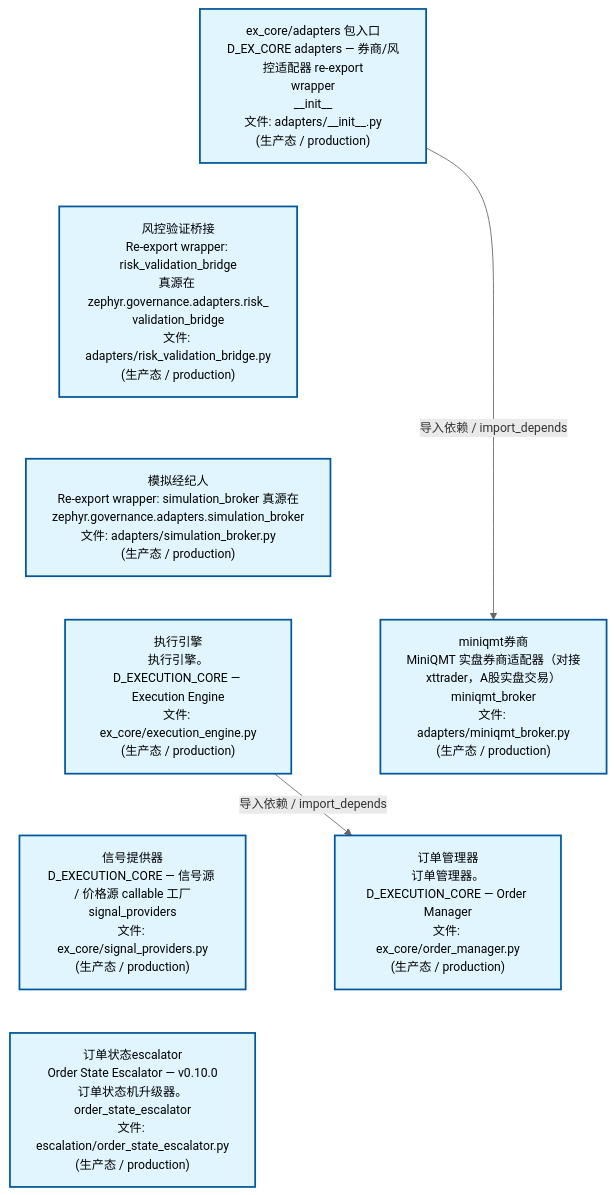
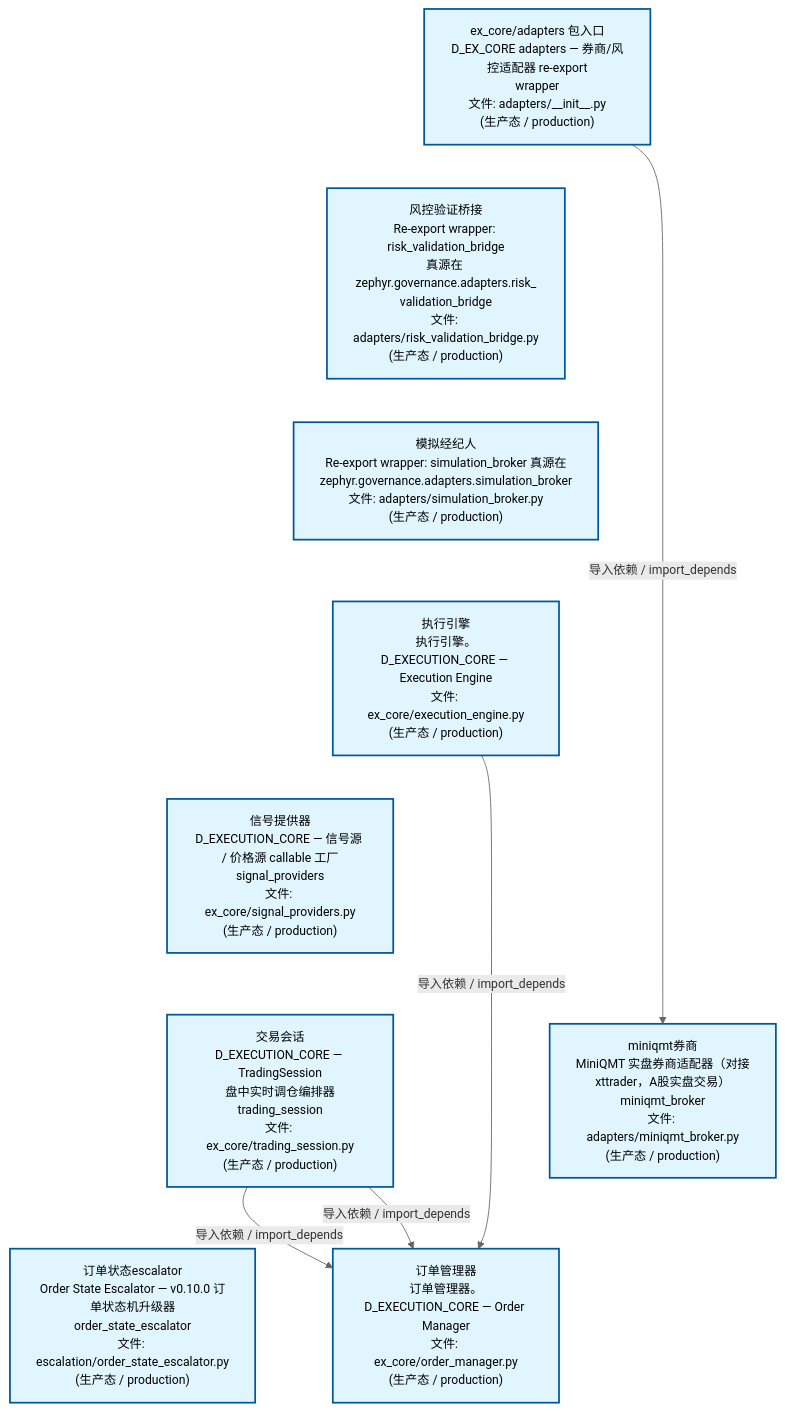
One commit to xuanFelixVan/ZephyrAlpha changed the second of 4 diagrams in docs/02_enterprise_architecture/02_domain_architecture_docs/44_d_ex_core.md. Above: the diagram before and after it, drawn with Mermaid. The commit also changed other lines of this file and 62 other files, not shown here.

````diff
--- a/docs/02_enterprise_architecture/02_domain_architecture_docs/44_d_ex_core.md
+++ b/docs/02_enterprise_architecture/02_domain_architecture_docs/44_d_ex_core.md
@@ -169,25 +170,29 @@
 ```mermaid
 %%{init: {'theme': 'base', 'themeVariables': {'primaryColor': '#eaeaea', 'primaryTextColor': '#333333', 'primaryBorderColor': '#666666', 'lineColor': '#666666', 'secondaryColor': '#eaeaea', 'tertiaryColor': '#eaeaea', 'fontSize': '14px'}}}%%
 flowchart TD
-    src_zephyr_ex_core_adapters_init_py["ex_core/adapters 包入口<br/>D_EX_CORE adapters — 券商/风控适配器 re-export<br/>wrapper<br/>__init__<br/>文件: adapters/__init__.py<br/>(生产态 / production)"]
+    src_zephyr_ex_core_adapters_init_py["ex_core/adapters 包入口<br/>D_EX_CORE adapters — 券商/风控适配器 re-export<br/>wrapper<br/>文件: adapters/__init__.py<br/>(生产态 / production)"]
     src_zephyr_ex_core_adapters_risk_validation_bridge_py["风控验证桥接<br/>Re-export wrapper: risk_validation_bridge<br/>真源在 zephyr.governance.adapters.risk_<br/>validation_bridge<br/>文件: adapters/risk_validation_bridge.py<br/>(生产态 / production)"]
     src_zephyr_ex_core_adapters_simulation_broker_py["模拟经纪人<br/>Re-export wrapper: simulation_broker 真源在<br/>zephyr.governance.adapters.simulation_broker<br/>文件: adapters/simulation_broker.py<br/>(生产态 / production)"]
     src_zephyr_ex_core_execution_engine_py["执行引擎<br/>执行引擎。D_EXECUTION_CORE — Execution Engine<br/>文件: ex_core/execution_engine.py<br/>(生产态 / production)"]
     src_zephyr_ex_core_signal_providers_py["信号提供器<br/>D_EXECUTION_CORE — 信号源 / 价格源 callable 工厂<br/>signal_providers<br/>文件: ex_core/signal_providers.py<br/>(生产态 / production)"]
-    src_zephyr_governance_escalation_order_state_escalator_py["订单状态escalator<br/>Order State Escalator — v0.10.0<br/>订单状态机升级器。<br/>order_state_escalator<br/>文件: escalation/order_state_escalator.py<br/>(生产态 / production)"]
+    src_zephyr_ex_core_trading_session_py["交易会话<br/>D_EXECUTION_CORE — TradingSession<br/>盘中实时调仓编排器<br/>trading_session<br/>文件: ex_core/trading_session.py<br/>(生产态 / production)"]
+    src_zephyr_governance_escalation_order_state_escalator_py["订单状态escalator<br/>Order State Escalator — v0.10.0 订单状态机升级器<br/>order_state_escalator<br/>文件: escalation/order_state_escalator.py<br/>(生产态 / production)"]
     src_zephyr_ex_core_adapters_init_py ~~~ src_zephyr_ex_core_adapters_risk_validation_bridge_py
     src_zephyr_ex_core_adapters_risk_validation_bridge_py ~~~ src_zephyr_ex_core_adapters_simulation_broker_py
     src_zephyr_ex_core_adapters_simulation_broker_py ~~~ src_zephyr_ex_core_execution_engine_py
     src_zephyr_ex_core_execution_engine_py ~~~ src_zephyr_ex_core_signal_providers_py
-    src_zephyr_ex_core_signal_providers_py ~~~ src_zephyr_governance_escalation_order_state_escalator_py
+    src_zephyr_ex_core_signal_providers_py ~~~ src_zephyr_ex_core_trading_session_py
+    src_zephyr_ex_core_trading_session_py ~~~ src_zephyr_governance_escalation_order_state_escalator_py
     src_zephyr_ex_core_adapters_miniqmt_broker_py["miniqmt券商<br/>MiniQMT 实盘券商适配器（对接<br/>xttrader，A股实盘交易）<br/>miniqmt_broker<br/>文件: adapters/miniqmt_broker.py<br/>(生产态 / production)"]
     src_zephyr_ex_core_order_manager_py["订单管理器<br/>订单管理器。D_EXECUTION_CORE — Order Manager<br/>文件: ex_core/order_manager.py<br/>(生产态 / production)"]
     src_zephyr_ex_core_adapters_miniqmt_broker_py ~~~ src_zephyr_ex_core_order_manager_py
     src_zephyr_ex_core_execution_engine_py -->|导入依赖 / import_depends| src_zephyr_ex_core_order_manager_py
     src_zephyr_ex_core_adapters_init_py -->|导入依赖 / import_depends| src_zephyr_ex_core_adapters_miniqmt_broker_py
+    src_zephyr_ex_core_trading_session_py -->|导入依赖 / import_depends| src_zephyr_ex_core_order_manager_py
+    src_zephyr_ex_core_trading_session_py -->|导入依赖 / import_depends| src_zephyr_ex_core_order_manager_py
     classDef production fill:#e1f5fe,stroke:#01579b,stroke-width:2px,color:#000
     classDef design fill:#fff3e0,stroke:#e65100,stroke-width:2px,color:#000,stroke-dasharray: 5 5
     classDef external_prod fill:#e8f4fd,stroke:#0277bd,stroke-width:1px,color:#000
     classDef external_design fill:#fff8e7,stroke:#ef6c00,stroke-width:1px,color:#000,stroke-dasharray: 5 5
-    class src_zephyr_ex_core_adapters_init_py,src_zephyr_ex_core_adapters_miniqmt_broker_py,src_zephyr_ex_core_adapters_risk_validation_bridge_py,src_zephyr_ex_core_adapters_simulation_broker_py,src_zephyr_ex_core_execution_engine_py,src_zephyr_ex_core_order_manager_py,src_zephyr_ex_core_signal_providers_py,src_zephyr_governance_escalation_order_state_escalator_py production
+    class src_zephyr_ex_core_adapters_init_py,src_zephyr_ex_core_adapters_miniqmt_broker_py,src_zephyr_ex_core_adapters_risk_validation_bridge_py,src_zephyr_ex_core_adapters_simulation_broker_py,src_zephyr_ex_core_execution_engine_py,src_zephyr_ex_core_order_manager_py,src_zephyr_ex_core_signal_providers_py,src_zephyr_ex_core_trading_session_py,src_zephyr_governance_escalation_order_state_escalator_py production
 ```
````
